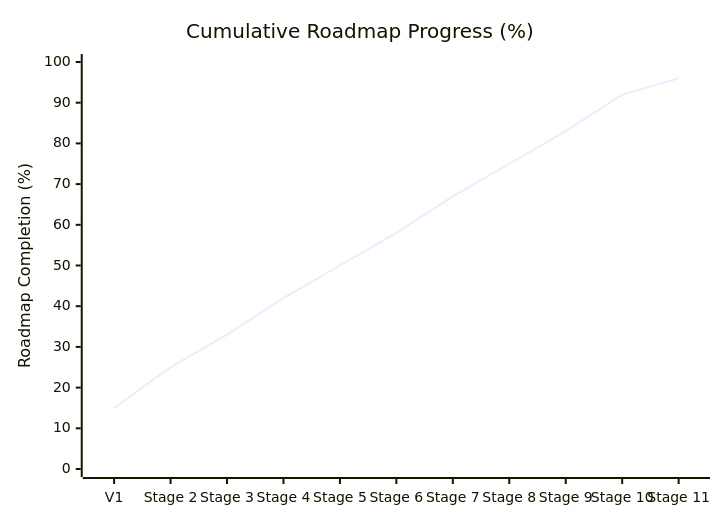
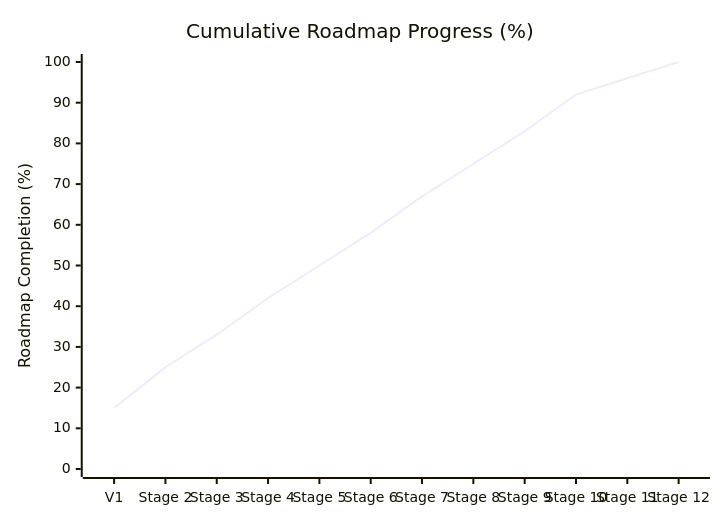
Before and after one commit to Rx4445/job-agent-: the third of 3 diagrams in METRICS.md, drawn with Mermaid. The commit also changed other lines of this file and 5 other files, not shown here.

Commit message:
feat: implement stage 12 production end-to-end evaluation benchmark and complete 12-stage roadmap

````diff
--- a/METRICS.md
+++ b/METRICS.md
@@ -28,7 +28,7 @@
 ```mermaid
 xychart-beta
     title "Cumulative Roadmap Progress (%)"
-    x-axis ["V1", "Stage 2", "Stage 3", "Stage 4", "Stage 5", "Stage 6", "Stage 7", "Stage 8", "Stage 9", "Stage 10", "Stage 11"]
+    x-axis ["V1", "Stage 2", "Stage 3", "Stage 4", "Stage 5", "Stage 6", "Stage 7", "Stage 8", "Stage 9", "Stage 10", "Stage 11", "Stage 12"]
     y-axis "Roadmap Completion (%)" 0 --> 100
-    line [15, 25, 33, 42, 50, 58, 67, 75, 83, 92, 96]
+    line [15, 25, 33, 42, 50, 58, 67, 75, 83, 92, 96, 100]
 ```
````
